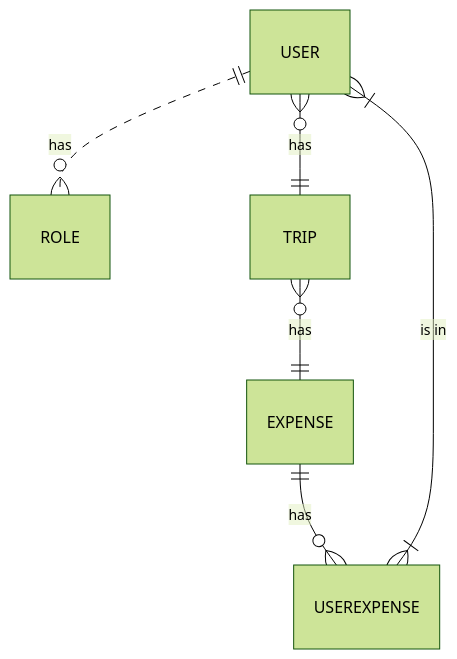
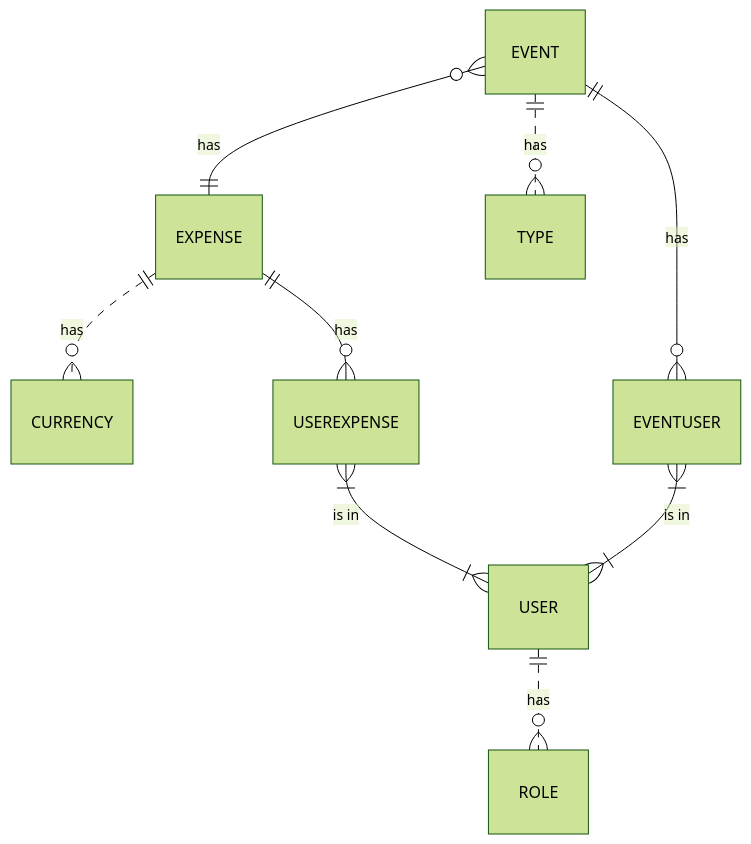
Before and after one commit to miguel-square/TripBudget: the first of 2 diagrams in README.md, drawn with Mermaid (forest theme). The commit also changed other lines of this file, not shown here.

````diff
--- a/README.md
+++ b/README.md
@@ -43,8 +44,11 @@
 ```mermaid
 erDiagram
     USER ||..o{ ROLE : "has"
-    USER o{--|| TRIP : has
-    TRIP o{--|| EXPENSE : has
+    EXPENSE ||..o{ CURRENCY : "has"
+    EVENT ||..o{ TYPE : "has"
+    EVENT o{--|| EXPENSE : has
     EXPENSE ||--o{ USEREXPENSE : has
     USEREXPENSE }|--|{ USER : "is in"
+    EVENT ||--o{ EVENTUSER : has
+    EVENTUSER }|--|{ USER : "is in"  
 ```
````
